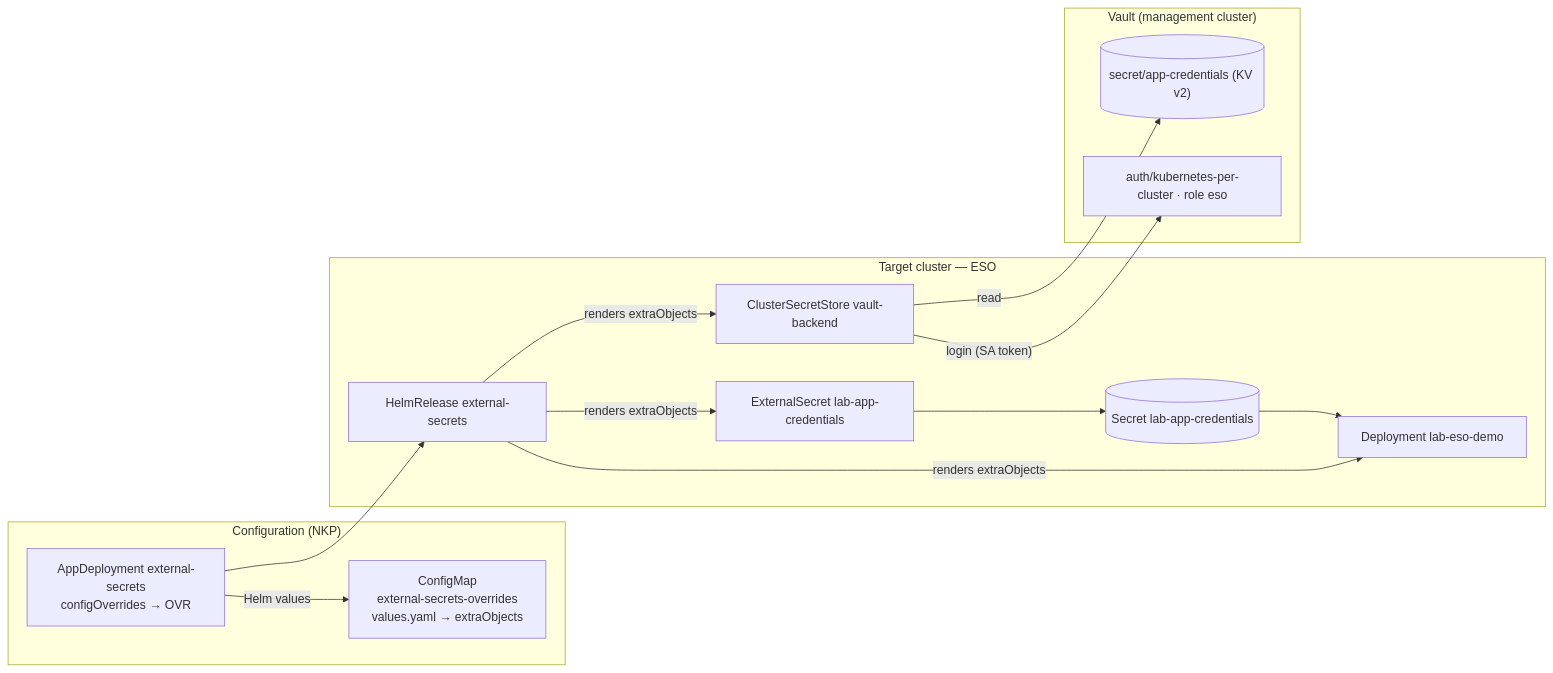
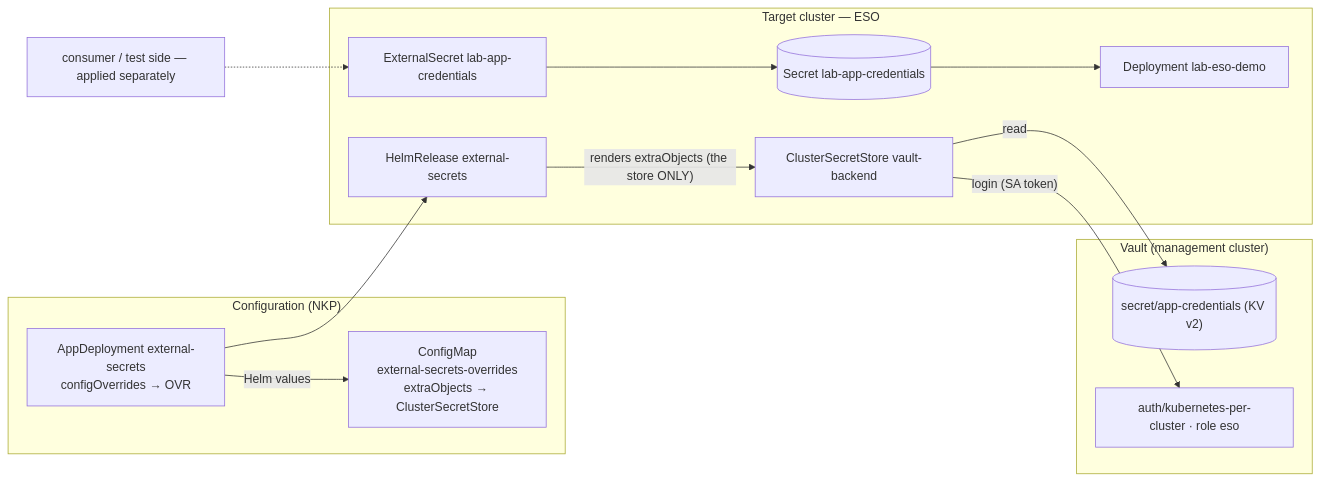
The diagram in 10-vault-eso/diagrams/01-overview.mmd (fernandoquinino-ntx/nkp-labs), drawn with Mermaid before and after one commit. The commit also changed 7 other files, not shown here.

First line of the commit message:
refactor(10): the AppDeployment override carries only the ClusterSecretStore

```diff
--- a/10-vault-eso/diagrams/01-overview.mmd
+++ b/10-vault-eso/diagrams/01-overview.mmd
@@ -1,27 +1,26 @@
 flowchart LR
   subgraph CFG["Configuration (NKP)"]
-    OVR["ConfigMap<br/>external-secrets-overrides<br/>values.yaml → extraObjects"]
+    OVR["ConfigMap<br/>external-secrets-overrides<br/>extraObjects → ClusterSecretStore"]
     AD["AppDeployment external-secrets<br/>configOverrides → OVR"]
     AD -- "Helm values" --> OVR
   end
 
   subgraph TGT["Target cluster — ESO"]
     HR["HelmRelease external-secrets"]
     CSS["ClusterSecretStore vault-backend"]
     ES["ExternalSecret lab-app-credentials"]
     SEC[("Secret lab-app-credentials")]
     APP["Deployment lab-eso-demo"]
     ES --> SEC --> APP
   end
 
   subgraph VT["Vault (management cluster)"]
     KV[("secret/app-credentials (KV v2)")]
     AU["auth/kubernetes-per-cluster · role eso"]
   end
 
   AD --> HR
-  HR -- "renders extraObjects" --> CSS
-  HR -- "renders extraObjects" --> ES
-  HR -- "renders extraObjects" --> APP
+  HR -- "renders extraObjects (the store ONLY)" --> CSS
   CSS -- "login (SA token)" --> AU
   CSS -- "read" --> KV
+  CONS["consumer / test side — applied separately"] -.-> ES
```
